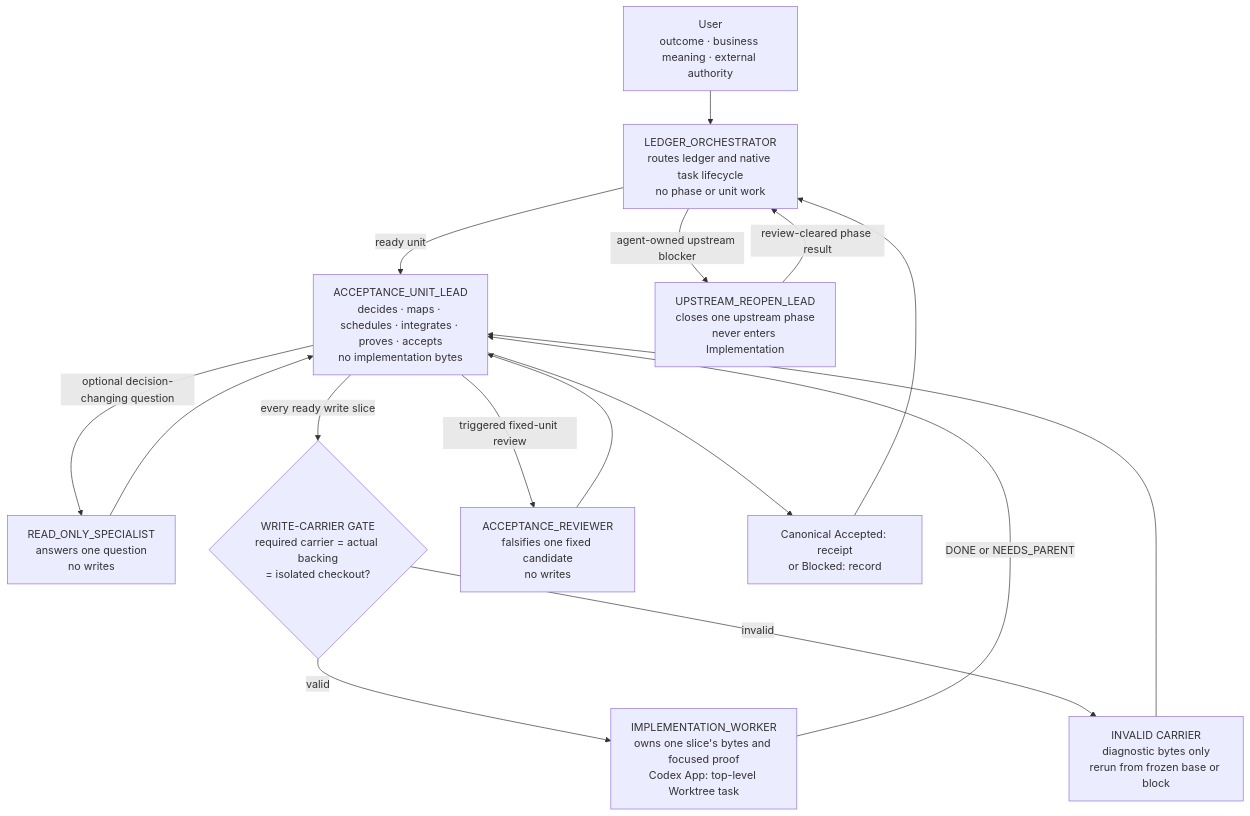
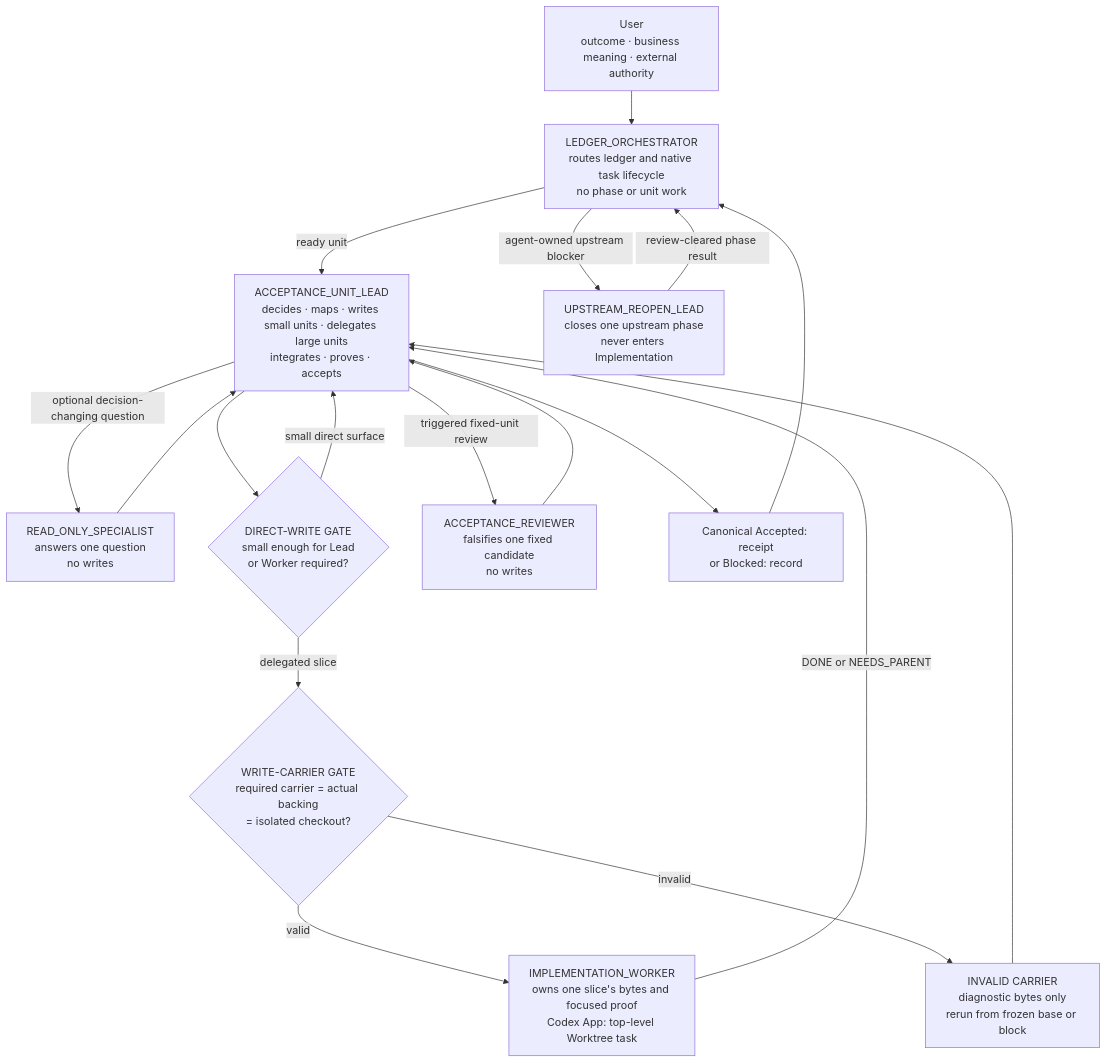
One commit to Dankosik/go-service-template-rest changed the first of 2 diagrams in docs/spec-first-workflow/phases/implementation-worker-execution.md. Above: the diagram before and after it, drawn with Mermaid. The commit also changed other lines of this file and 6 other files, not shown here.

Commit message:
Make acceptance-unit delegation adaptive

````diff
--- a/docs/spec-first-workflow/phases/implementation-worker-execution.md
+++ b/docs/spec-first-workflow/phases/implementation-worker-execution.md
@@ -33,29 +33,32 @@
 ```mermaid
 flowchart TB
     user["User<br/>outcome · business meaning · external authority"]
     orchestrator["LEDGER_ORCHESTRATOR<br/>routes ledger and native task lifecycle<br/>no phase or unit work"]
-    lead["ACCEPTANCE_UNIT_LEAD<br/>decides · maps · schedules · integrates · proves · accepts<br/>no implementation bytes"]
+    lead["ACCEPTANCE_UNIT_LEAD<br/>decides · maps · writes small units · delegates large units<br/>integrates · proves · accepts"]
     reopen["UPSTREAM_REOPEN_LEAD<br/>closes one upstream phase<br/>never enters Implementation"]
     specialist["READ_ONLY_SPECIALIST<br/>answers one question<br/>no writes"]
+    direct{"DIRECT-WRITE GATE<br/>small enough for Lead<br/>or Worker required?"}
     gate{"WRITE-CARRIER GATE<br/>required carrier = actual backing<br/>= isolated checkout?"}
     worker["IMPLEMENTATION_WORKER<br/>owns one slice's bytes and focused proof<br/>Codex App: top-level Worktree task"]
     reviewer["ACCEPTANCE_REVIEWER<br/>falsifies one fixed candidate<br/>no writes"]
     invalid["INVALID CARRIER<br/>diagnostic bytes only<br/>rerun from frozen base or block"]
     result["Canonical Accepted: receipt<br/>or Blocked: record"]
 
     user --> orchestrator
     orchestrator -->|"ready unit"| lead
     orchestrator -->|"agent-owned upstream blocker"| reopen
     reopen -->|"review-cleared phase result"| orchestrator
     lead -->|"optional decision-changing question"| specialist
     specialist --> lead
-    lead -->|"every ready write slice"| gate
+    lead --> direct
+    direct -->|"small direct surface"| lead
+    direct -->|"delegated slice"| gate
     gate -->|"valid"| worker
     worker -->|"DONE or NEEDS_PARENT"| lead
     gate -->|"invalid"| invalid
     invalid --> lead
     lead -->|"triggered fixed-unit review"| reviewer
     reviewer --> lead
     lead --> result
     result --> orchestrator
 ```
````
